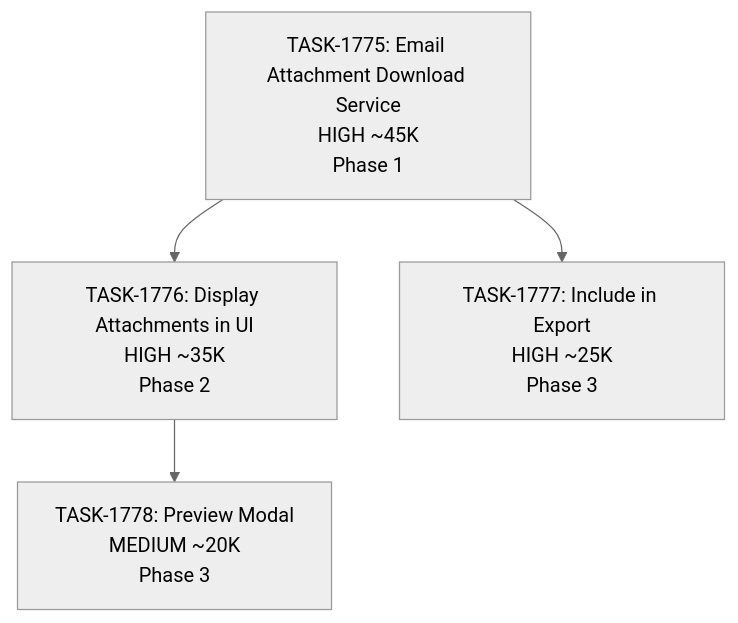
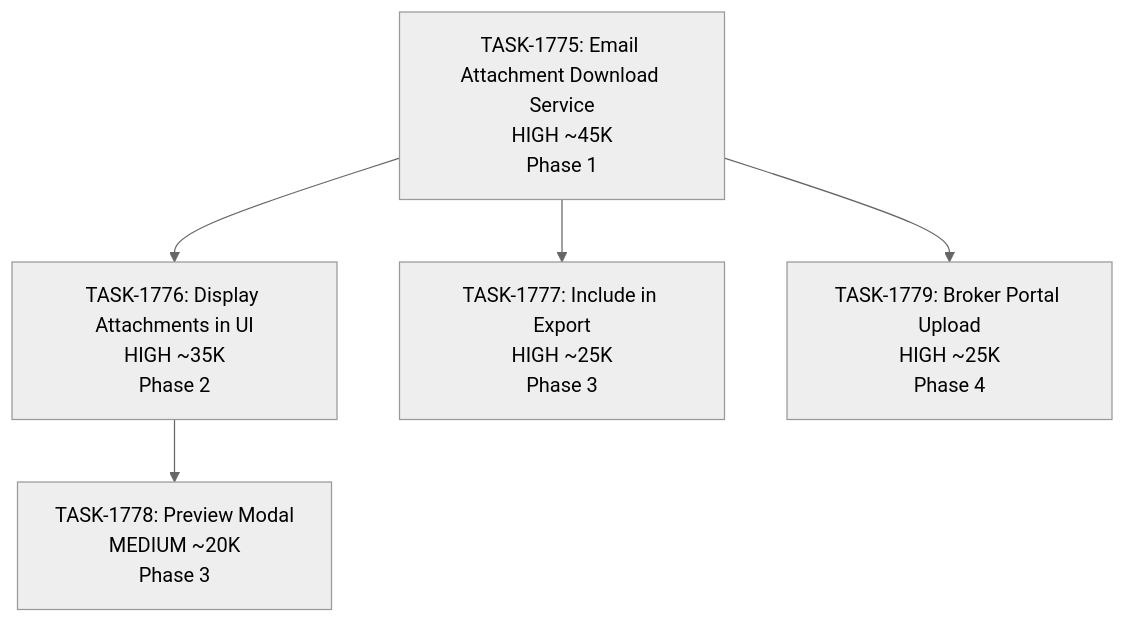
The diagram in .claude/plans/sprints/SPRINT-067-email-attachments.md (5hdaniel/Mad), drawn with Mermaid (neutral theme) before and after one commit. The commit also changed other lines of this file and 9 other files, not shown here.

First line of the commit message:
chore: add metrics scripts and update SPRINT-067 with broker portal task

````diff
--- a/.claude/plans/sprints/SPRINT-067-email-attachments.md
+++ b/.claude/plans/sprints/SPRINT-067-email-attachments.md
@@ -93,11 +95,13 @@
 ```mermaid
 graph TD
     TASK1775[TASK-1775: Email Attachment Download Service<br/>HIGH ~45K<br/>Phase 1]
     TASK1776[TASK-1776: Display Attachments in UI<br/>HIGH ~35K<br/>Phase 2]
     TASK1777[TASK-1777: Include in Export<br/>HIGH ~25K<br/>Phase 3]
     TASK1778[TASK-1778: Preview Modal<br/>MEDIUM ~20K<br/>Phase 3]
+    TASK1779[TASK-1779: Broker Portal Upload<br/>HIGH ~25K<br/>Phase 4]
 
     TASK1775 --> TASK1776
     TASK1775 --> TASK1777
+    TASK1775 --> TASK1779
     TASK1776 --> TASK1778
 ```
````
